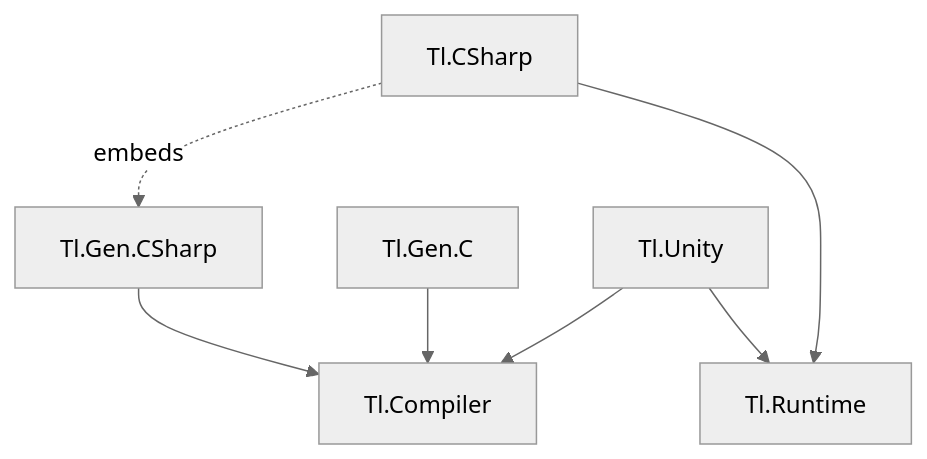
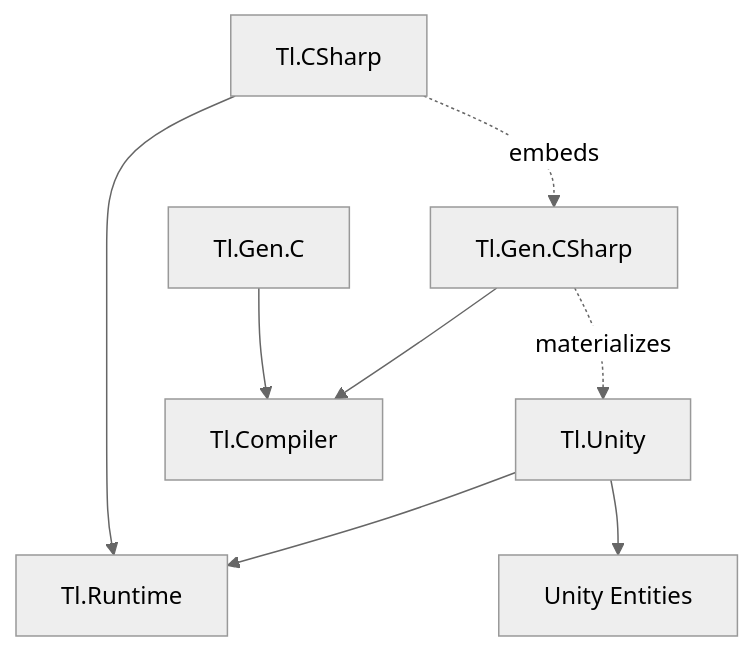
The second of 3 diagrams in docs/architecture.md (IAFahim/tl), drawn with Mermaid (neutral theme) before and after one commit. The commit also changed other lines of this file and 15 other files, not shown here.

````diff
--- a/docs/architecture.md
+++ b/docs/architecture.md
@@ -32,15 +32,16 @@
 ```mermaid
 flowchart TD
     Runtime[Tl.Runtime]
     Compiler[Tl.Compiler]
     CSharp[Tl.Gen.CSharp]
     Install[Tl.CSharp]
     C[Tl.Gen.C]
     Unity[Tl.Unity]
     CSharp --> Compiler
     Install --> Runtime
     Install -. embeds .-> CSharp
     C --> Compiler
     Unity --> Runtime
-    Unity --> Compiler
+    Unity --> Entities[Unity Entities]
+    CSharp -. materializes .-> Unity
 ```
````
